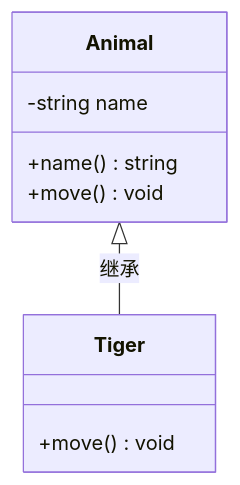
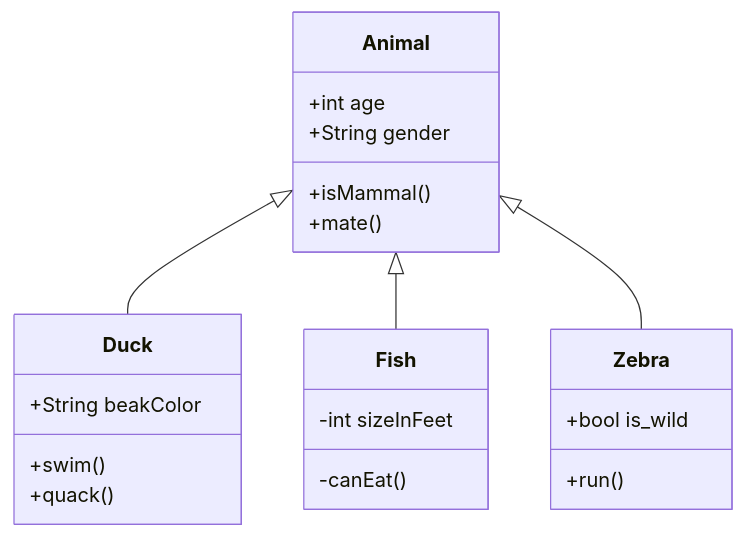
One commit to zhuxinlong/zhuxinlong.github.io changed the second of 7 diagrams in _posts/2020-08-11-uml.md. Above: the diagram before and after it, drawn with Mermaid. The commit also changed other lines of this file, not shown here.

````diff
--- a/_posts/2020-08-11-uml.md
+++ b/_posts/2020-08-11-uml.md
@@ -18,13 +31,23 @@
 ```mermaid
 classDiagram
-    class Animal{
-        -string name
-        +name() string
-        +move() void
+    Animal <|-- Duck
+    Animal <|-- Fish
+    Animal <|-- Zebra
+    Animal : +int age
+    Animal : +String gender
+    Animal: +isMammal()
+    Animal: +mate()
+    class Duck{
+        +String beakColor
+        +swim()
+        +quack()
     }
-    class Tiger{
-        +move() void
-        
+    class Fish{
+        -int sizeInFeet
+        -canEat()
     }
-    Animal <|-- Tiger : 继承
+    class Zebra{
+        +bool is_wild
+        +run()
+    }
 ```
````
